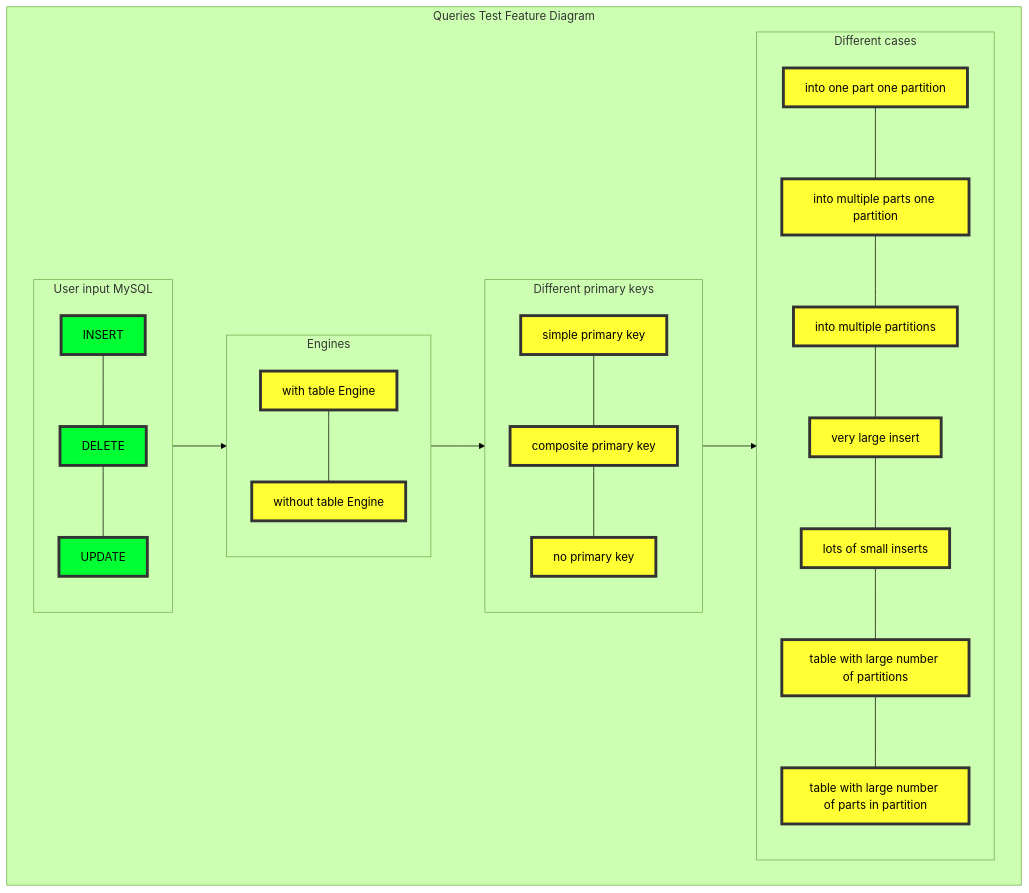
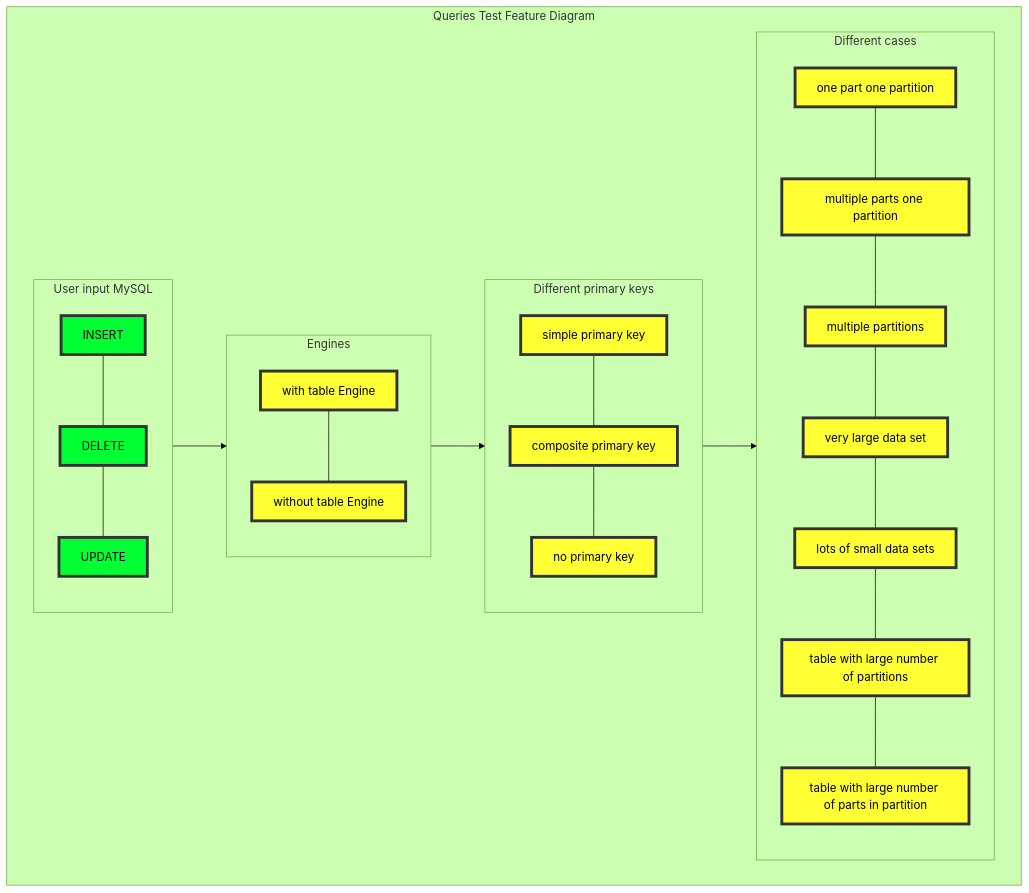
Before and after one commit to Altinity/clickhouse-sink-connector: the second of 2 diagrams in tests/integration_flowtests/requirements/requirements.md, drawn with Mermaid (forest theme). The commit also changed 5 other files, not shown here.

````diff
--- a/tests/integration_flowtests/requirements/requirements.md
+++ b/tests/integration_flowtests/requirements/requirements.md
@@ -511,51 +511,51 @@
 ```mermaid
 flowchart TB;
 
   classDef yellow fill:#ffff33,stroke:#333,stroke-width:4px,color:black;
   classDef yellow2 fill:#ffff33,stroke:#333,stroke-width:4px,color:red;
   classDef green fill:#00ff33,stroke:#333,stroke-width:4px,color:black;
   classDef red fill:red,stroke:#333,stroke-width:4px,color:black;
   classDef blue fill:blue,stroke:#333,stroke-width:4px,color:white;
   
   subgraph O["Queries Test Feature Diagram"]
   A-->D-->C-->B
 
   1A---2A---3A
   1D---2D
   1C---2C---3C
   1B---2B---3B---4B---5B---6B---7B
   
     subgraph A["User input MySQL"]
 
         1A["INSERT"]:::green
                 2A["DELETE"]:::green
                         3A["UPDATE"]:::green
 
     end
     
     subgraph D["Engines"]
         1D["with table Engine"]:::yellow
         2D["without table Engine"]:::yellow
     end
     
     subgraph C["Different primary keys"]
         1C["simple primary key"]:::yellow
         2C["composite primary key"]:::yellow
         3C["no primary key"]:::yellow
     end
     
     subgraph B["Different cases"]
-        1B[" into one part one partition"]:::yellow
-        2B["into multiple parts one partition"]:::yellow
-        3B["into multiple partitions"]:::yellow
-        4B["very large insert"]:::yellow
-        5B["lots of small inserts"]:::yellow
+        1B["one part one partition"]:::yellow
+        2B["multiple parts one partition"]:::yellow
+        3B["multiple partitions"]:::yellow
+        4B["very large data set"]:::yellow
+        5B["lots of small data sets"]:::yellow
         6B["table with large number of partitions"]:::yellow
         7B["table with large number of parts in partition"]:::yellow
     end
     
 
     
 
   end
 ```
````
